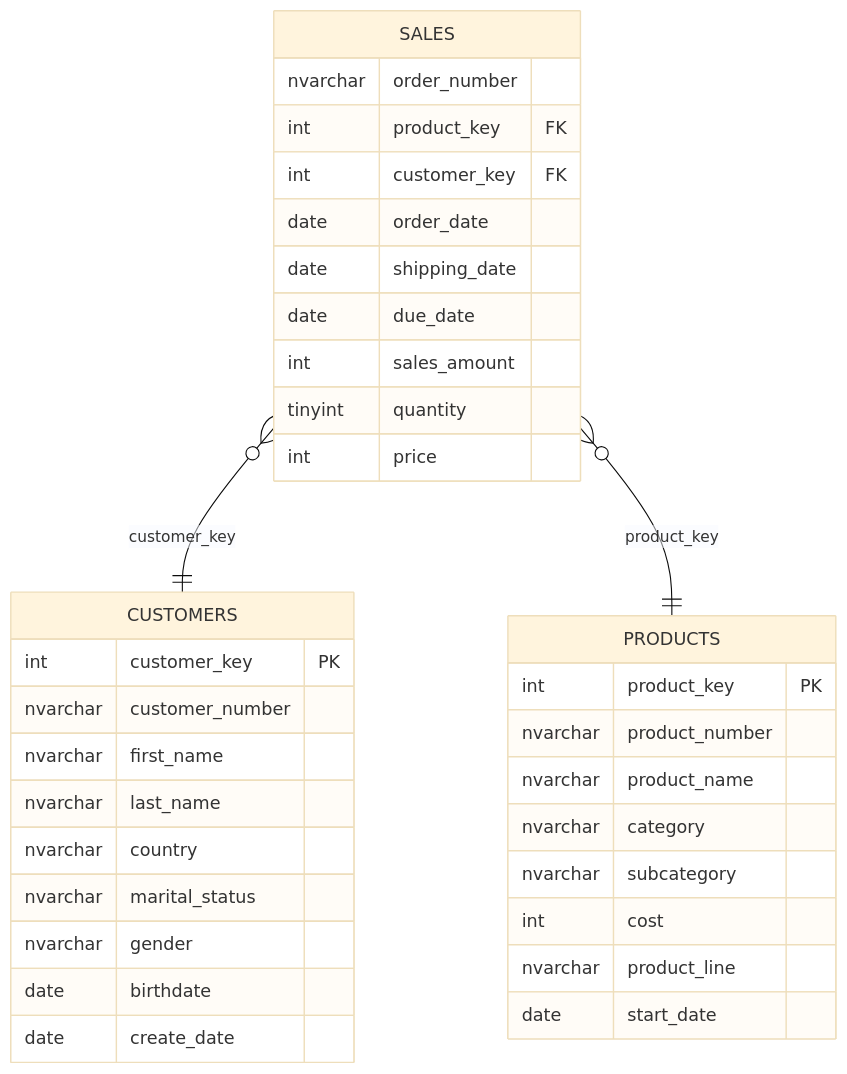
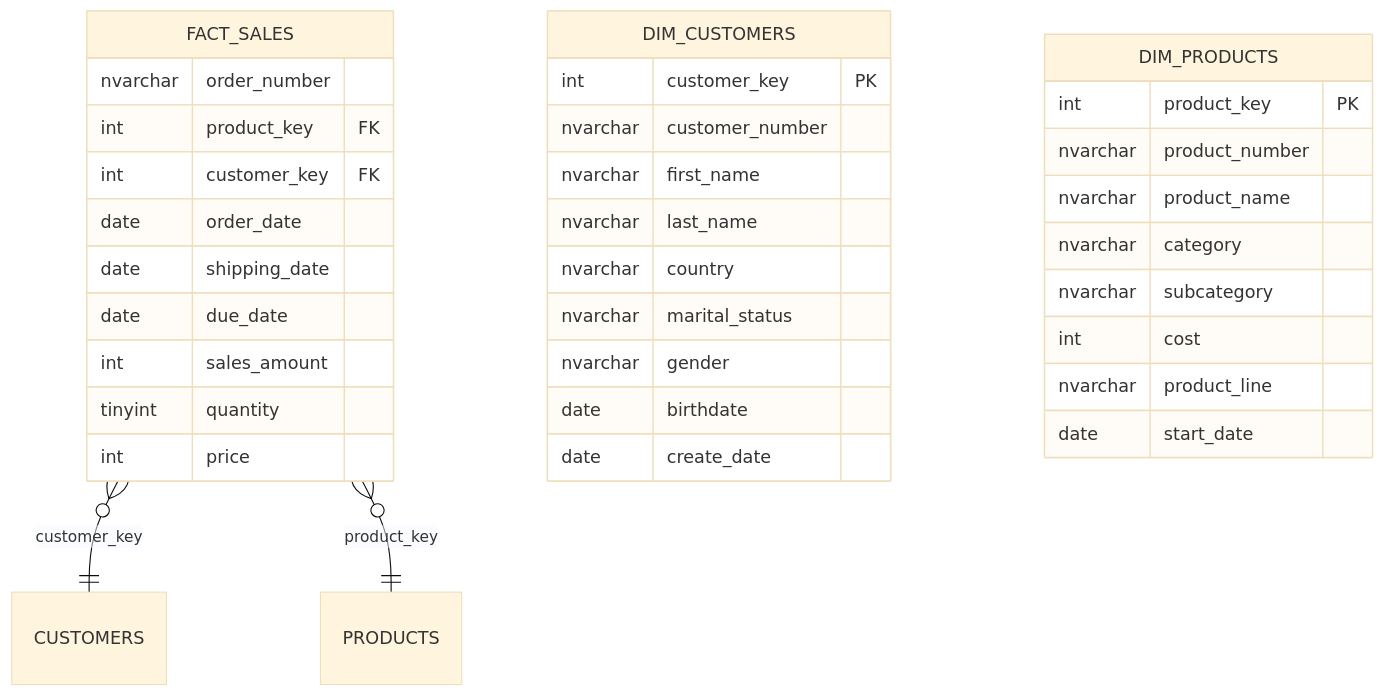
Before and after one commit to ei-adnan/sql-data-analysis: the diagram in README.md, drawn with Mermaid (base theme).

Commit message:
update README
Updated the entity names in the ER diagram from SALES and PRODUCTS to FACT_SALES and DIM_PRODUCTS respectively, to reflect the correct schema.

````diff
--- a/README.md
+++ b/README.md
@@ -39,38 +39,38 @@
 ```mermaid
 erDiagram
-    SALES }o--|| CUSTOMERS : "customer_key"
-    SALES }o--|| PRODUCTS : "product_key"
+    FACT_SALES }o--|| CUSTOMERS : "customer_key"
+    FACT_SALES }o--|| PRODUCTS : "product_key"
 
-    SALES {
+    FACT_SALES {
         nvarchar order_number
         int product_key FK
         int customer_key FK
         date order_date
         date shipping_date
         date due_date
         int sales_amount
         tinyint quantity
         int price
     }
-    CUSTOMERS {
+    DIM_CUSTOMERS {
         int customer_key PK
         nvarchar customer_number
         nvarchar first_name
         nvarchar last_name
         nvarchar country
         nvarchar marital_status
         nvarchar gender
         date birthdate
         date create_date
     }
-    PRODUCTS {
+    DIM_PRODUCTS {
         int product_key PK
         nvarchar product_number
         nvarchar product_name
         nvarchar category
         nvarchar subcategory
         int cost
         nvarchar product_line
         date start_date
     }
 ```
````
